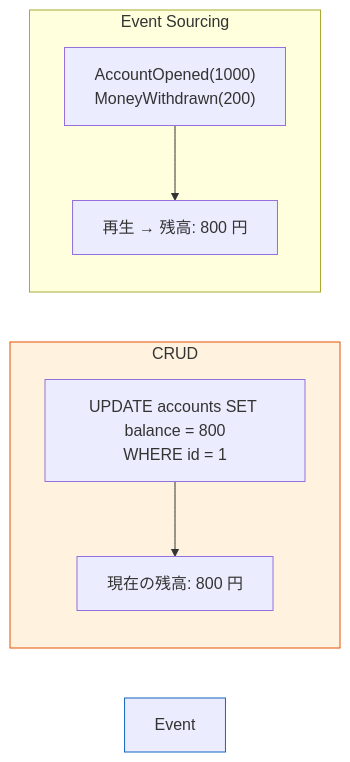
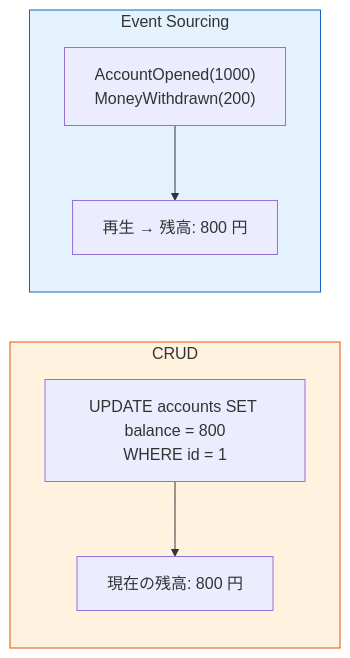
Before and after one commit to ryotaro-boost/web-engineer-knowledge-layers: the first of 4 diagrams in details/イベントソーシング.md, drawn with Mermaid. The commit also changed other lines of this file, not shown here.

First line of the commit message:
details/イベントソーシングをレビュー修正: Mermaid ID・KurrentDBリブランド・Greg Young表記・Python版注記

````diff
--- a/details/イベントソーシング.md
+++ b/details/イベントソーシング.md
@@ -16,19 +16,19 @@
 ```mermaid
 graph LR
     subgraph CRUD
         direction TB
         C1["UPDATE accounts SET balance = 800<br/>WHERE id = 1"]
         C2["現在の残高: 800 円"]
         C1 --> C2
     end
 
-    subgraph Event Sourcing
+    subgraph ES["Event Sourcing"]
         direction TB
         E1["AccountOpened(1000)<br/>MoneyWithdrawn(200)"]
         E2["再生 → 残高: 800 円"]
         E1 --> E2
     end
 
     style CRUD fill:#fff3e0,stroke:#e65100
-    style Event Sourcing fill:#e3f2fd,stroke:#1565c0
+    style ES fill:#e3f2fd,stroke:#1565c0
 ```
````
